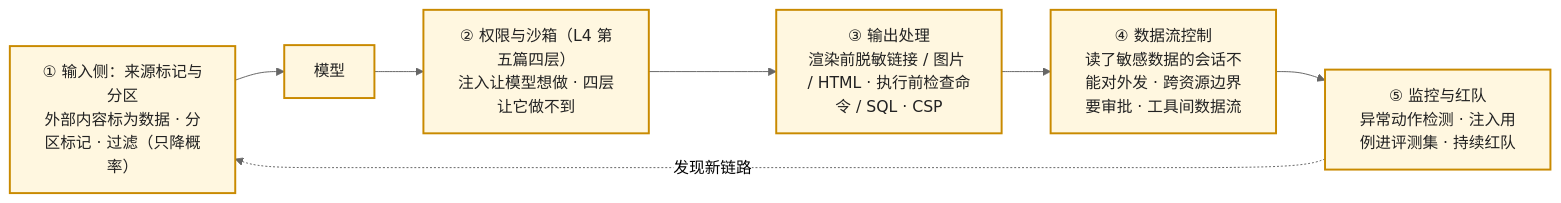
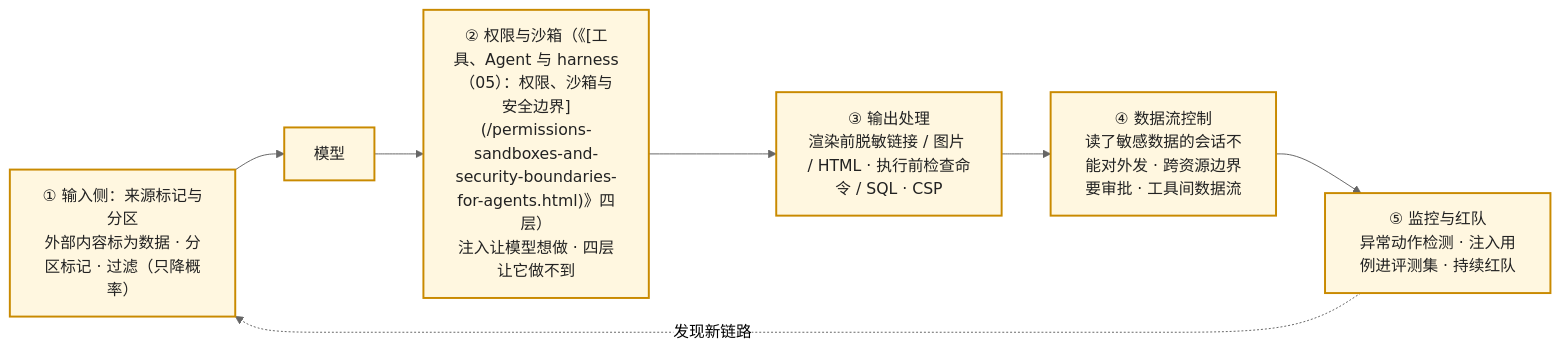
One commit to arganzheng/arganzheng.github.com changed the fifth of 8 diagrams in slides/2026-11-14-production-and-operations.md. Above: the diagram before and after it, drawn with Mermaid (neutral theme). The commit also changed other lines of this file and 128 other files, not shown here.

Commit message:
（01）预训练端到端：MPS 定义、Common Crawl 配比列表、六章改名「定长的训练样本」补切碎文档的说明与打包示意图、自测竖线转义（#245）；全站 L 层简写引用换成《系列名》链接（#244）

````diff
--- a/slides/2026-11-14-production-and-operations.md
+++ b/slides/2026-11-14-production-and-operations.md
@@ -157,13 +157,13 @@
 ```mermaid
 %%{init: {"flowchart": {"wrappingWidth": 170}}}%%
 flowchart LR
     IN["① 输入侧：来源标记与分区<br/>外部内容标为数据 · 分区标记 · 过滤（只降概率）"] --> M["模型"]
-    M --> P["② 权限与沙箱（L4 第五篇四层）<br/>注入让模型想做 · 四层让它做不到"]
+    M --> P["② 权限与沙箱（《[工具、Agent 与 harness（05）：权限、沙箱与安全边界](/permissions-sandboxes-and-security-boundaries-for-agents.html)》四层）<br/>注入让模型想做 · 四层让它做不到"]
     P --> O["③ 输出处理<br/>渲染前脱敏链接 / 图片 / HTML · 执行前检查命令 / SQL · CSP"]
     O --> D["④ 数据流控制<br/>读了敏感数据的会话不能对外发 · 跨资源边界要审批 · 工具间数据流"]
     D --> R["⑤ 监控与红队<br/>异常动作检测 · 注入用例进评测集 · 持续红队"]
     R -.->|"发现新链路"| IN
 
     classDef step fill:#fff7e0,stroke:#c98a00,stroke-width:2px,color:#222
     class IN,M,P,O,D,R step
 ```
````
